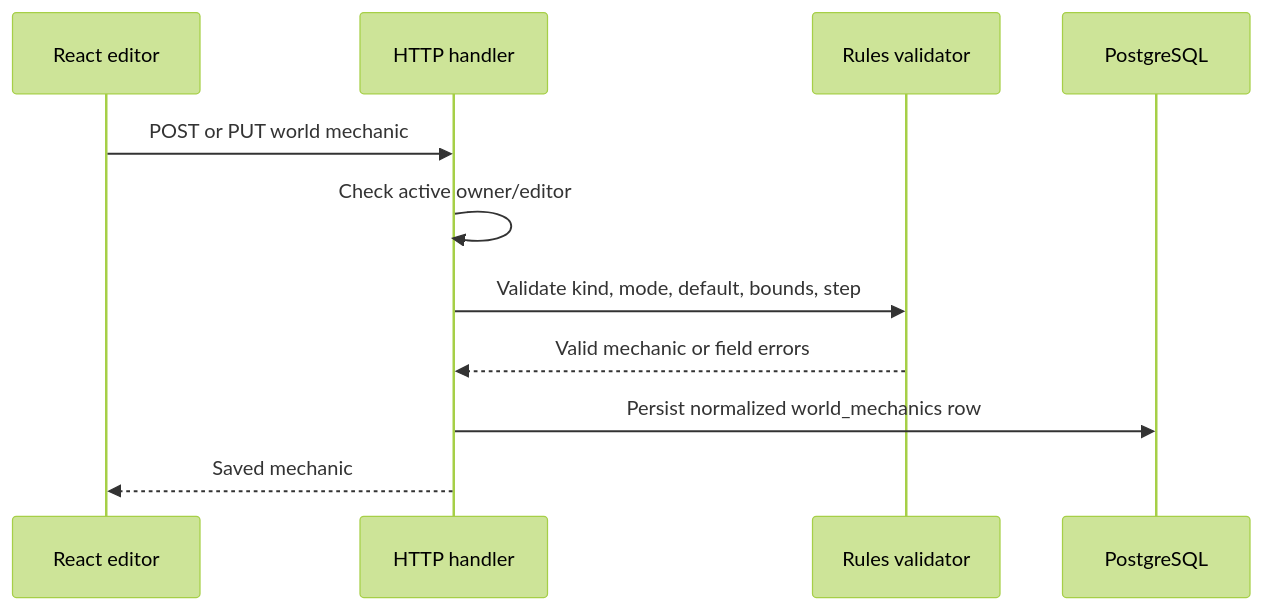
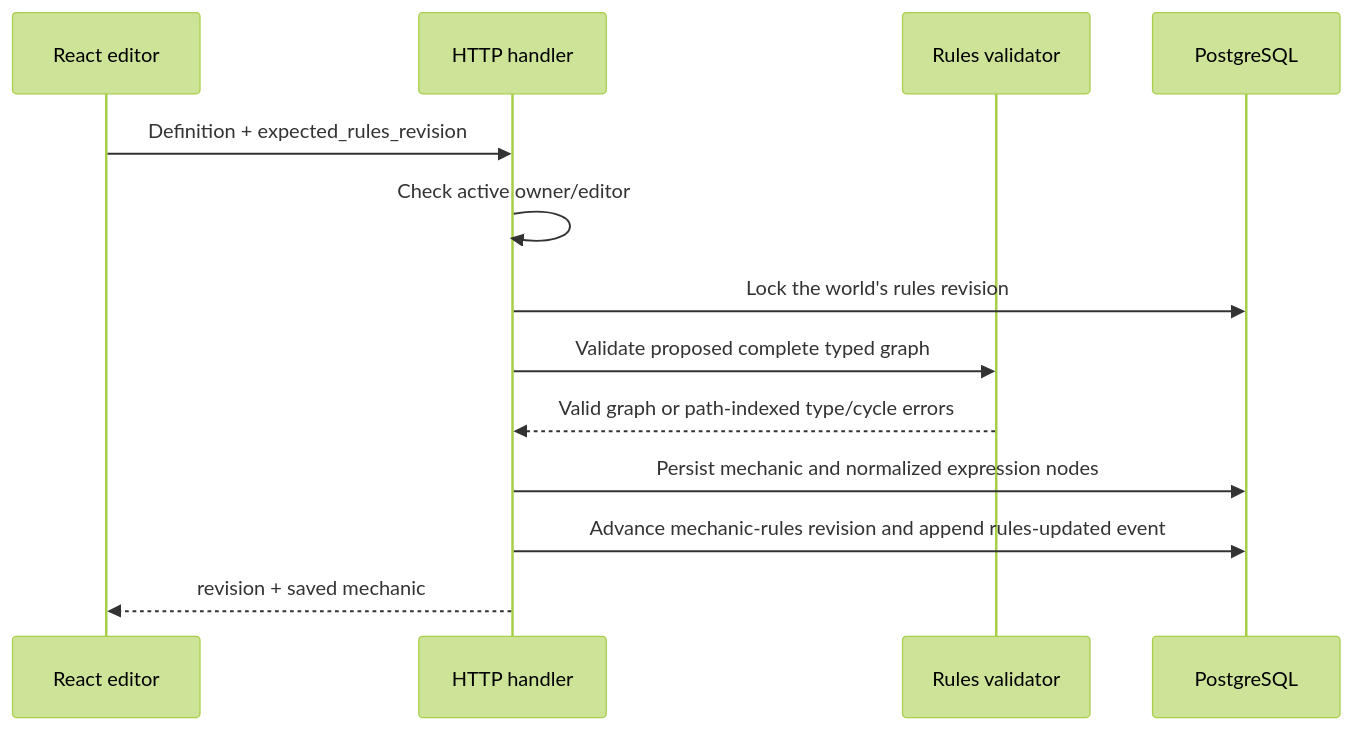
Before and after one commit to JTan2231/gezerah: the fifth of 6 diagrams in docs/architecture.md, drawn with Mermaid (forest theme). The commit also changed other lines of this file and 54 other files, not shown here.

Commit message:
implement typed rule graphs and persistent statuses

````diff
--- a/docs/architecture.md
+++ b/docs/architecture.md
@@ -167,14 +181,16 @@
 ```mermaid
 sequenceDiagram
     participant UI as React editor
     participant H as HTTP handler
     participant R as Rules validator
     participant DB as PostgreSQL
 
-    UI->>H: POST or PUT world mechanic
+    UI->>H: Definition + expected_rules_revision
     H->>H: Check active owner/editor
-    H->>R: Validate kind, mode, default, bounds, step
-    R-->>H: Valid mechanic or field errors
-    H->>DB: Persist normalized world_mechanics row
-    H-->>UI: Saved mechanic
+    H->>DB: Lock the world's rules revision
+    H->>R: Validate proposed complete typed graph
+    R-->>H: Valid graph or path-indexed type/cycle errors
+    H->>DB: Persist mechanic and normalized expression nodes
+    H->>DB: Advance mechanic-rules revision and append rules-updated event
+    H-->>UI: revision + saved mechanic
 ```
````
